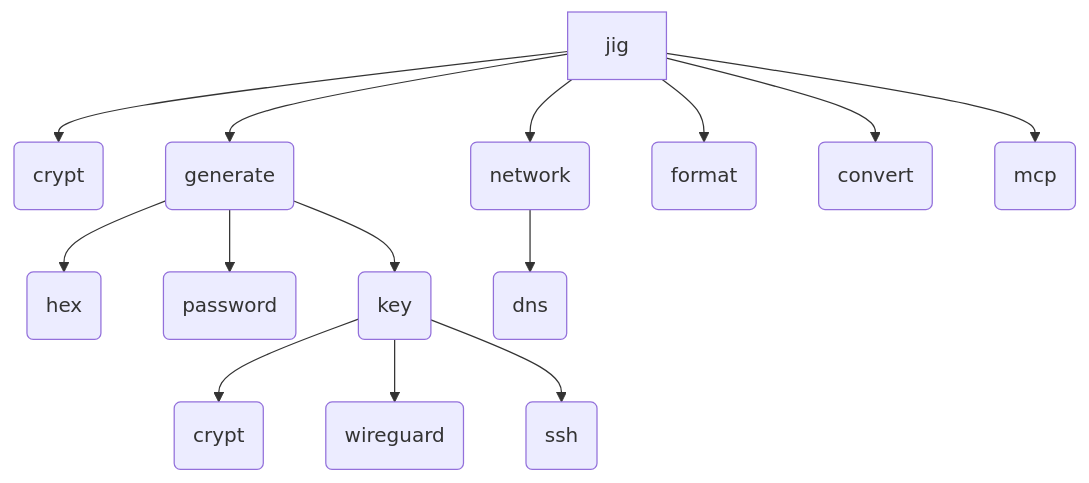
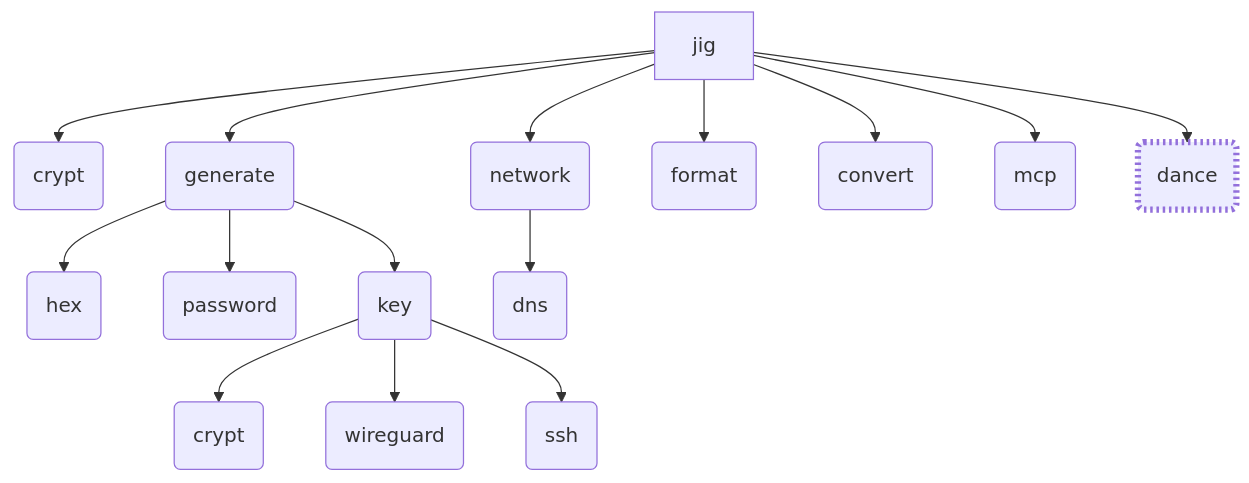
Before and after one commit to daveio/jig: the diagram in PLAN.md, drawn with Mermaid. The commit also changed other lines of this file, not shown here.

````diff
--- a/PLAN.md
+++ b/PLAN.md
@@ -21,16 +25,19 @@
 ```mermaid
 graph TD
   A[jig] --> 1(crypt)
   A --> 3(generate)
     3 --> 3A(hex)
     3 --> 3B(password)
     3 --> 3C(key)
       3C --> 3C1(crypt)
       3C --> 3C2(wireguard)
       3C --> 3C3(ssh)
   A --> 4(network)
     4 --> 4A(dns)
   A --> 5(format)
   A --> 6(convert)
   A --> 7(mcp)
+  A --> 8(dance)
+
+  style 8 stroke-dasharray: 2 3,stroke-width: 5px
 ```
````
